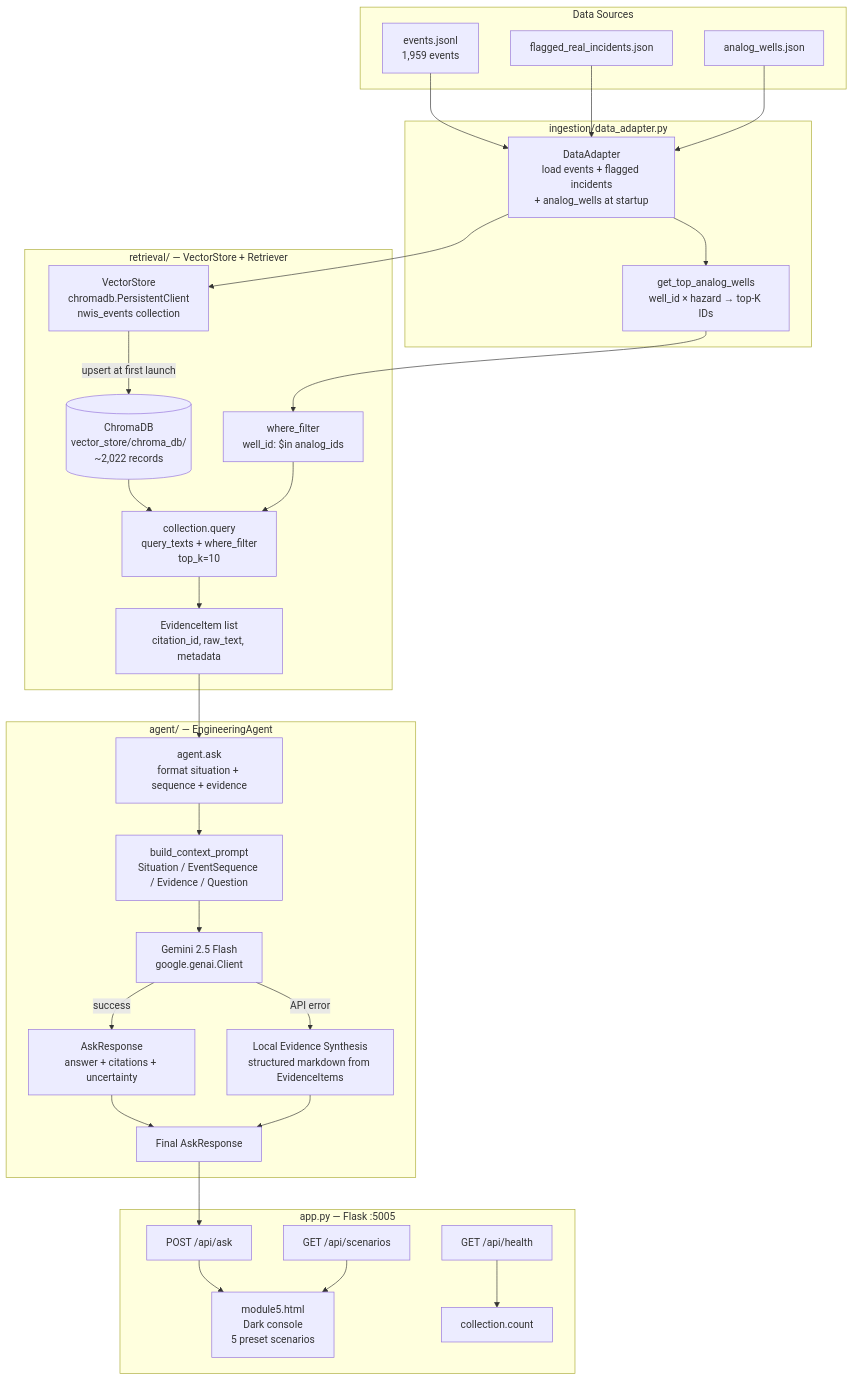
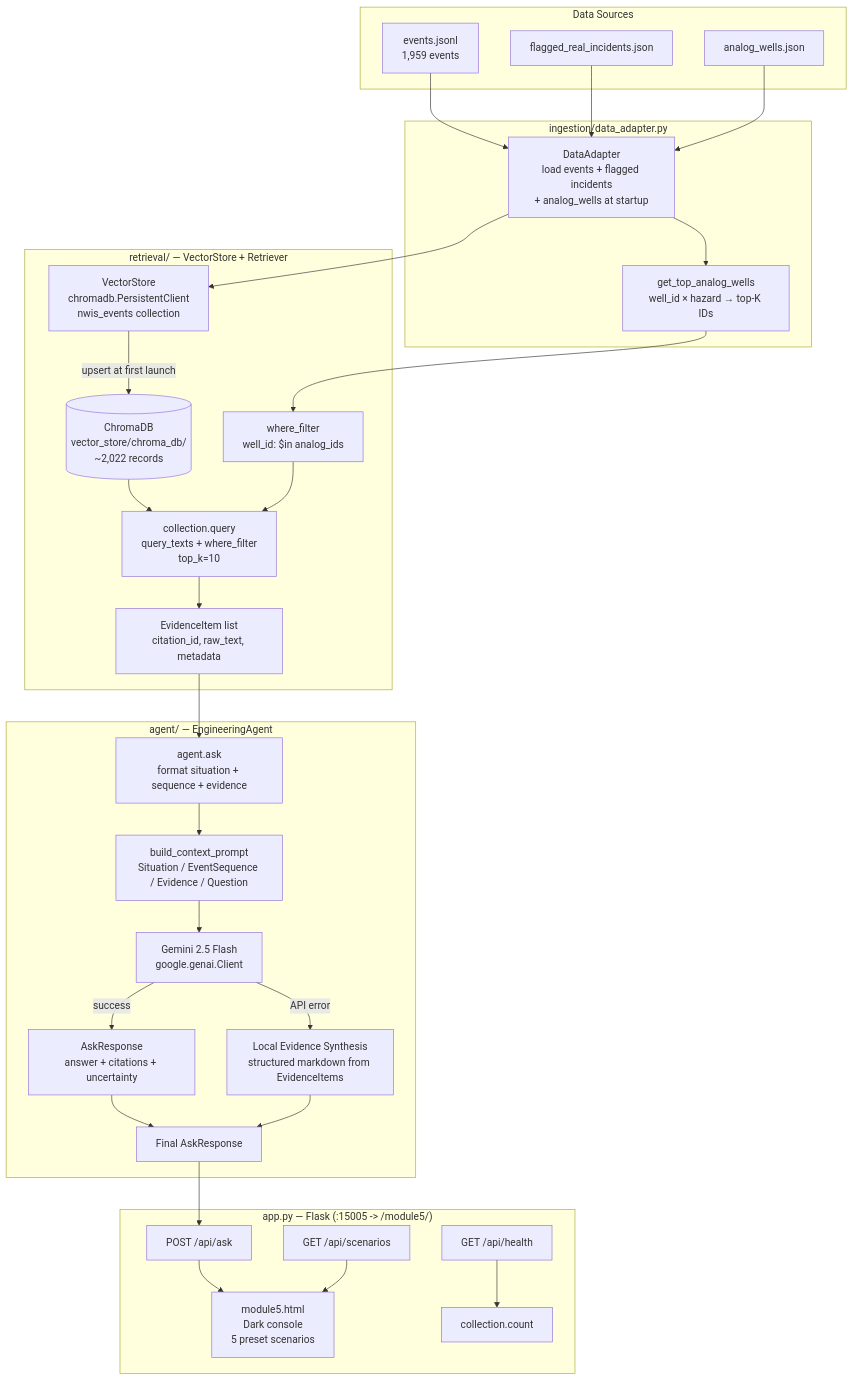
Diagram 11 of 14 in ARCHITECTURE.md (n3ssdub3y/SIH_2026_PLANNS), drawn with Mermaid before and after one commit. The commit also changed other lines of this file and 35 other files, not shown here.

````diff
--- a/ARCHITECTURE.md
+++ b/ARCHITECTURE.md
@@ -734,40 +735,40 @@
 ```mermaid
 graph TD
     subgraph "Data Sources"
         M1E["events.jsonl\n1,959 events"]
         M1F["flagged_real_incidents.json"]
         M2A["analog_wells.json"]
     end
 
     subgraph "ingestion/data_adapter.py"
         M1E --> DA["DataAdapter\nload events + flagged incidents\n+ analog_wells at startup"]
         M1F --> DA
         M2A --> DA
         DA --> GET_ANALOGS["get_top_analog_wells\nwell_id × hazard → top-K IDs"]
     end
 
     subgraph "retrieval/ — VectorStore + Retriever"
         DA --> VS["VectorStore\nchromadb.PersistentClient\nnwis_events collection"]
         VS -->|"upsert at first launch"| CHROMA[("ChromaDB\nvector_store/chroma_db/\n~2,022 records")]
         GET_ANALOGS --> FILT["where_filter\nwell_id: $in analog_ids"]
         CHROMA --> SEARCH["collection.query\nquery_texts + where_filter\ntop_k=10"]
         FILT --> SEARCH
         SEARCH --> EV["EvidenceItem list\ncitation_id, raw_text, metadata"]
     end
 
     subgraph "agent/ — EngineeringAgent"
         EV --> AGT["agent.ask\nformat situation + sequence + evidence"]
         AGT --> PROMPT["build_context_prompt\nSituation / EventSequence / Evidence / Question"]
         PROMPT --> GEMINI["Gemini 2.5 Flash\ngoogle.genai.Client"]
         GEMINI -->|"success"| ANS["AskResponse\nanswer + citations + uncertainty"]
         GEMINI -->|"API error"| FALLBACK["Local Evidence Synthesis\nstructured markdown from EvidenceItems"]
         ANS & FALLBACK --> RESP["Final AskResponse"]
     end
 
-    subgraph "app.py — Flask :5005"
+    subgraph "app.py — Flask (:15005 -> /module5/)"
         RESP --> API["POST /api/ask"]
         API --> UI["module5.html\nDark console\n5 preset scenarios"]
         SCEN["GET /api/scenarios"] --> UI
         HEALTH["GET /api/health"] --> COUNT["collection.count"]
     end
 ```
````
